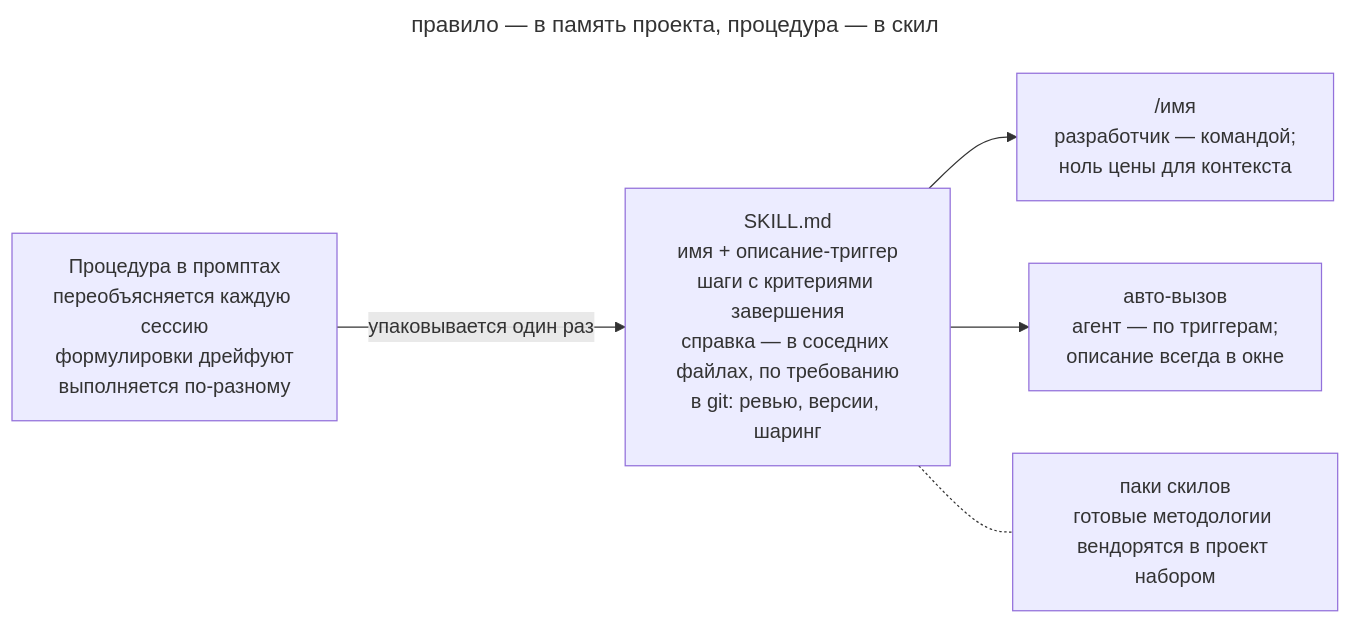
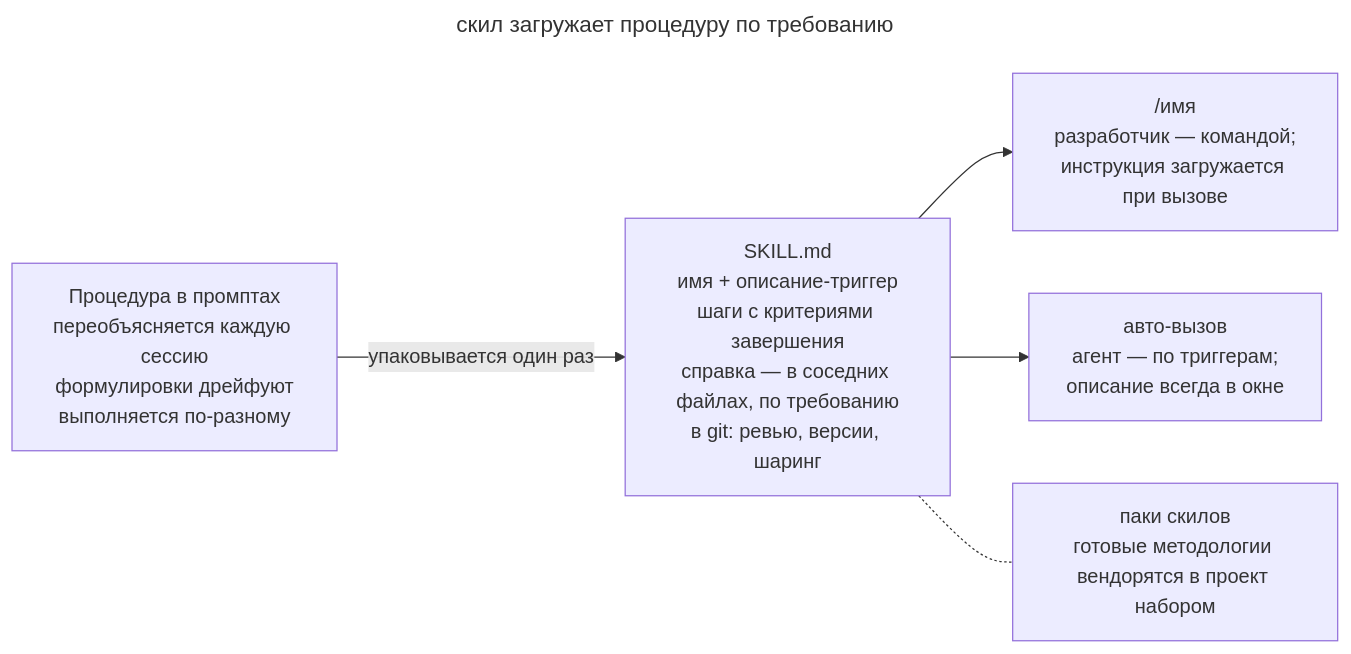
One commit to Rastavelli/agentic-coding-design-patterns changed the diagram in book/ru/skills-as-packaged-workflows.md. Above: the diagram before and after it, drawn with Mermaid. The commit also changed other lines of this file and 24 other files, not shown here.

Commit message:
docs: finish Russian prose review and align diagram captions

````diff
--- a/book/ru/skills-as-packaged-workflows.md
+++ b/book/ru/skills-as-packaged-workflows.md
@@ -42,15 +41,15 @@
 ```mermaid
 ---
-title: правило — в память проекта, процедура — в скил
+title: скил загружает процедуру по требованию
 ---
 flowchart LR
   prompts["Процедура в промптах<br/>переобъясняется каждую сессию<br/>формулировки дрейфуют<br/>выполняется по-разному"]:::warn
   skill["SKILL.md<br/>имя + описание-триггер<br/>шаги с критериями завершения<br/>справка — в соседних файлах, по требованию<br/>в git: ревью, версии, шаринг"]:::accent
-  manual["/имя<br/>разработчик — командой;<br/>ноль цены для контекста"]
+  manual["/имя<br/>разработчик — командой;<br/>инструкция загружается при вызове"]
   auto["авто-вызов<br/>агент — по триггерам;<br/>описание всегда в окне"]
   packs["паки скилов<br/>готовые методологии вендорятся в проект набором"]:::muted
   prompts -- "упаковывается один раз" --> skill
   skill --> manual
   skill --> auto
   skill -.- packs
 ```
````
